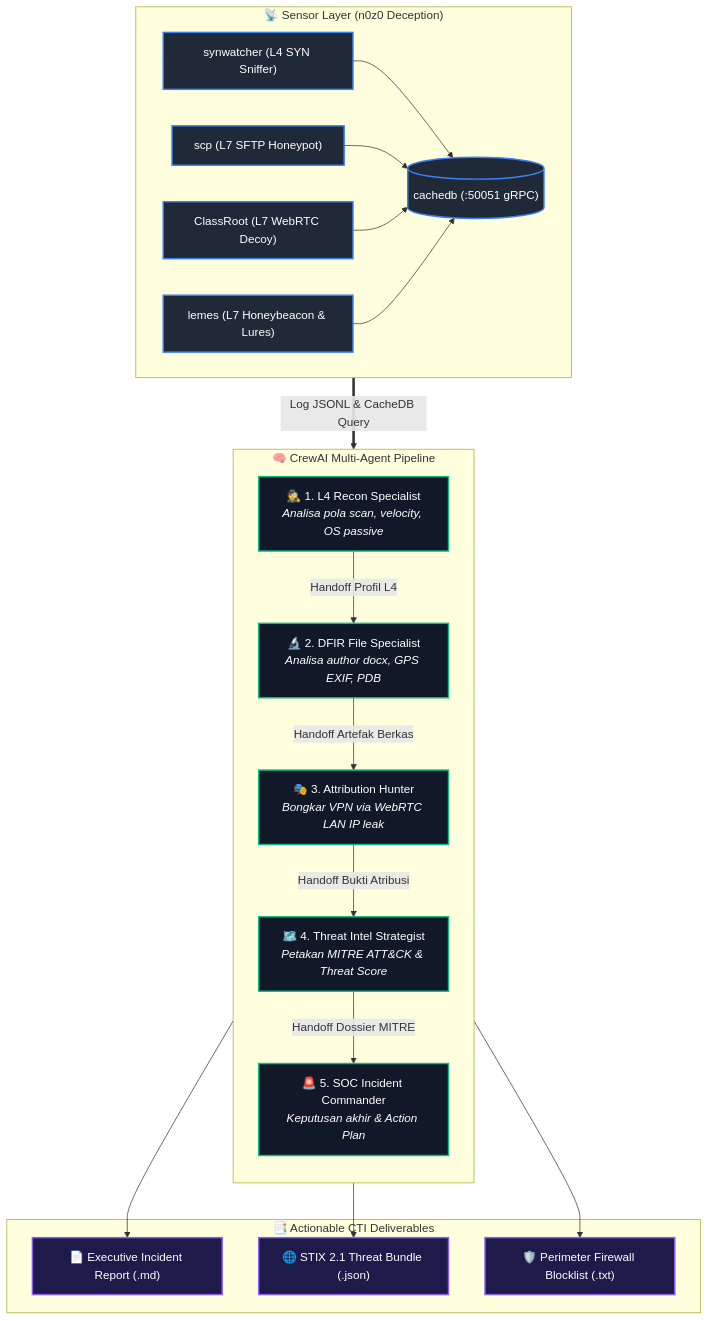
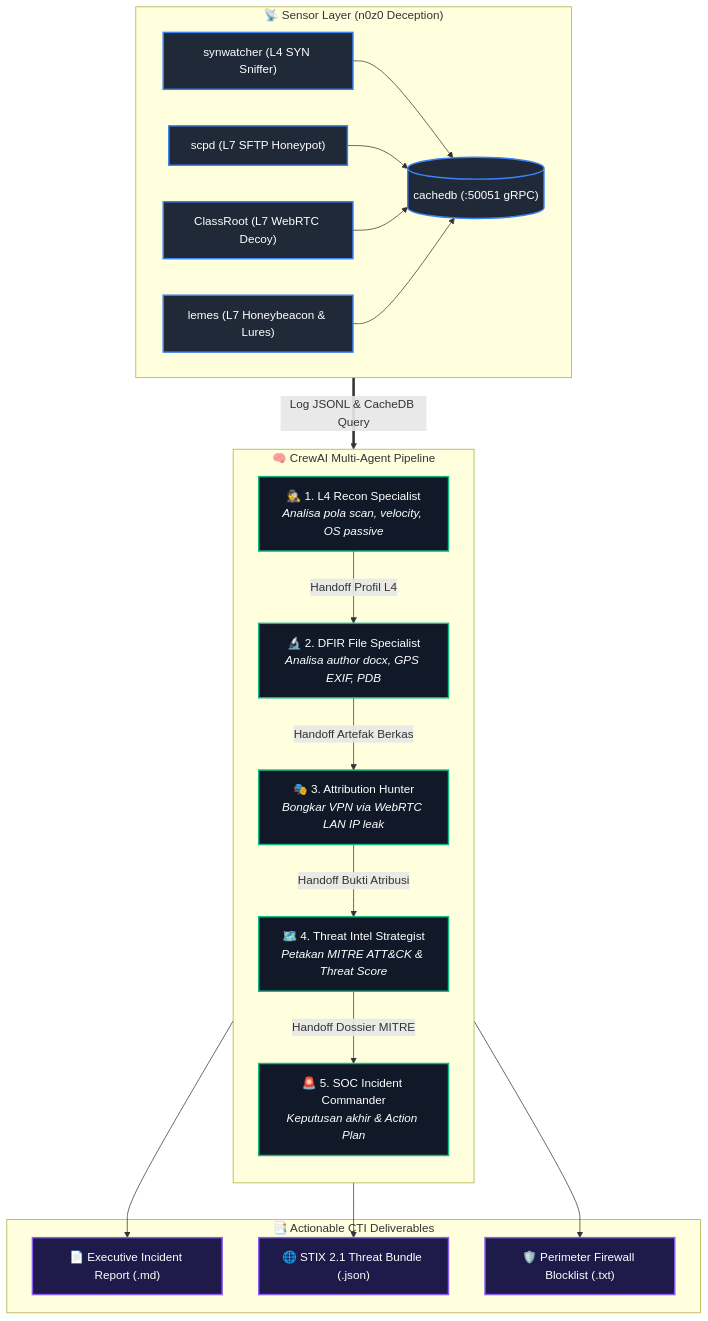
The diagram in README.md (n0z0/actif), drawn with Mermaid before and after one commit. The commit also changed other lines of this file and 8 other files, not shown here.

Commit message:
refactor: rename scp component to scpd to avoid OS command collision

````diff
--- a/README.md
+++ b/README.md
@@ -67,46 +67,46 @@
 ```mermaid
 flowchart TD
     subgraph SENSORS ["📡 Sensor Layer (n0z0 Deception)"]
         S1["synwatcher (L4 SYN Sniffer)"]
-        S2["scp (L7 SFTP Honeypot)"]
+        S2["scpd (L7 SFTP Honeypot)"]
         S3["ClassRoot (L7 WebRTC Decoy)"]
         S4["lemes (L7 Honeybeacon & Lures)"]
         BUS[("cachedb (:50051 gRPC)")]
         S1 --> BUS
         S2 --> BUS
         S3 --> BUS
         S4 --> BUS
     end
 
     subgraph CREWAI ["🧠 CrewAI Multi-Agent Pipeline"]
         direction TB
         A1["🕵️ 1. L4 Recon Specialist<br><i>Analisa pola scan, velocity, OS passive</i>"]
         A2["🔬 2. DFIR File Specialist<br><i>Analisa author docx, GPS EXIF, PDB</i>"]
         A3["🎭 3. Attribution Hunter<br><i>Bongkar VPN via WebRTC LAN IP leak</i>"]
         A4["🗺️ 4. Threat Intel Strategist<br><i>Petakan MITRE ATT&CK & Threat Score</i>"]
         A5["🚨 5. SOC Incident Commander<br><i>Keputusan akhir & Action Plan</i>"]
 
         A1 -->|Handoff Profil L4| A2
         A2 -->|Handoff Artefak Berkas| A3
         A3 -->|Handoff Bukti Atribusi| A4
         A4 -->|Handoff Dossier MITRE| A5
     end
 
     SENSORS ==>|Log JSONL & CacheDB Query| CREWAI
 
     subgraph OUTPUTS ["📑 Actionable CTI Deliverables"]
         O1["📄 Executive Incident Report (.md)"]
         O2["🌐 STIX 2.1 Threat Bundle (.json)"]
         O3["🛡️ Perimeter Firewall Blocklist (.txt)"]
         A5 --> O1
         A5 --> O2
         A5 --> O3
     end
 
     classDef sensor fill:#1f2937,stroke:#3b82f6,stroke-width:2px,color:#fff;
     classDef agent fill:#111827,stroke:#10b981,stroke-width:2px,color:#fff;
     classDef output fill:#1e1b4b,stroke:#8b5cf6,stroke-width:2px,color:#fff;
     class S1,S2,S3,S4,BUS sensor;
     class A1,A2,A3,A4,A5 agent;
     class O1,O2,O3 output;
 ```
````
